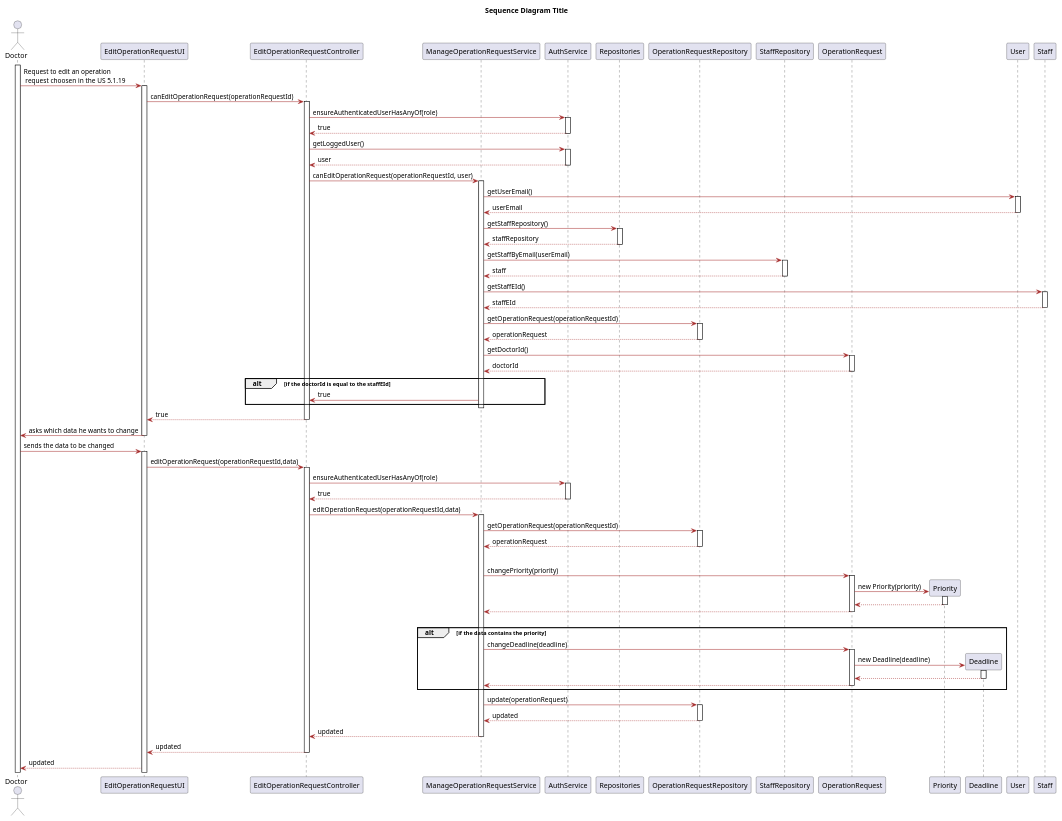
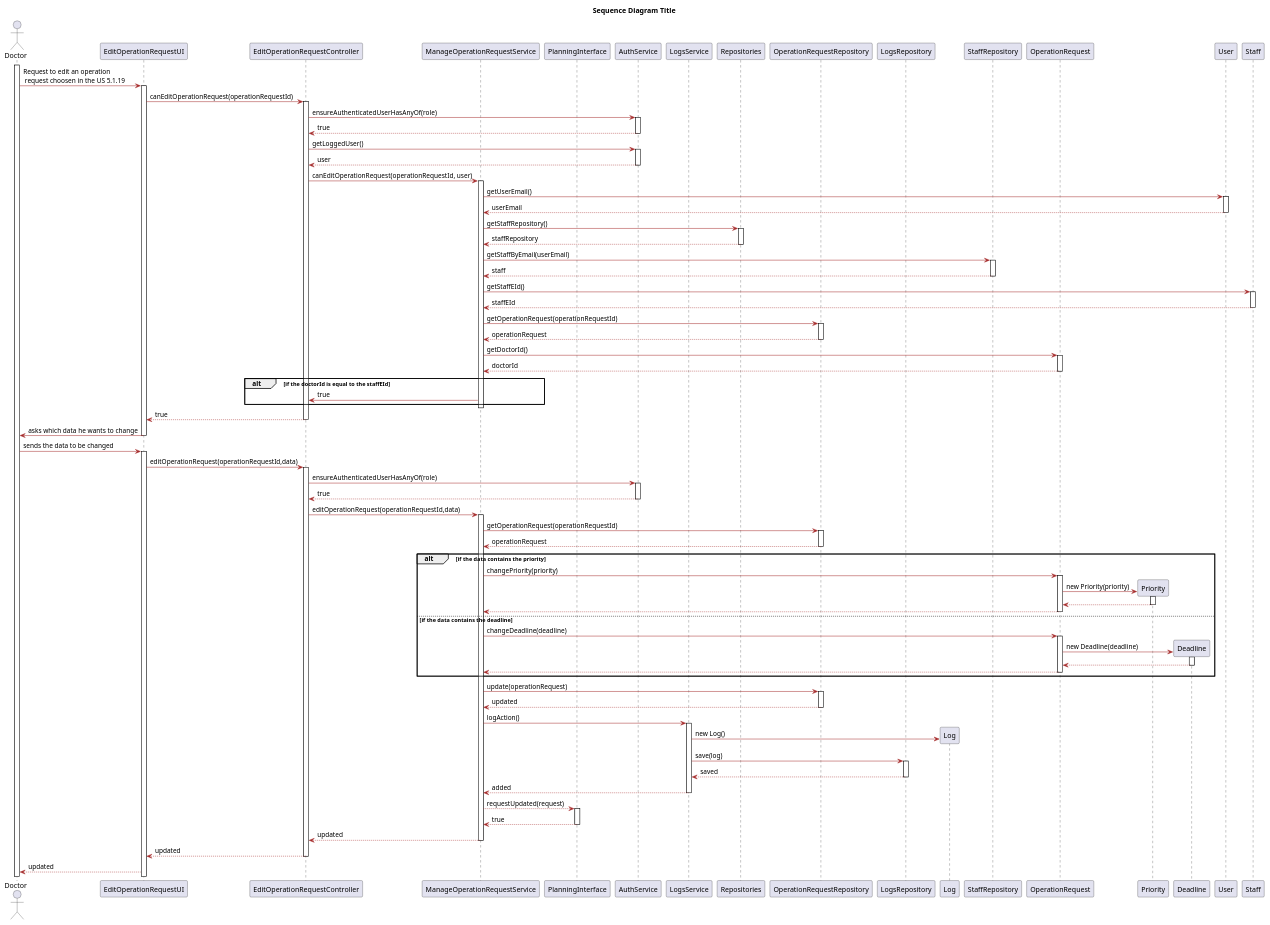
The diagram in Docs/Sprint1/UserStories/LAPR5/us5117/design/puml/sequence-diagram.puml (LAPR5-043/sem_5_24_25_043), drawn with PlantUML before and after one commit. The commit also changed 5 other files, not shown here.

Commit message:
#20 Add log function to the diagrams

```diff
--- a/Docs/Sprint1/UserStories/LAPR5/us5117/design/puml/sequence-diagram.puml
+++ b/Docs/Sprint1/UserStories/LAPR5/us5117/design/puml/sequence-diagram.puml
@@ -1,146 +1,163 @@
 @startuml
 title Sequence Diagram Title
 skinparam classAttributeIconSize 0
 
 skinparam class {
     LifeLineBorderColor DodgerBlue
     LifeLineBackgroundColor APPLICATION
     BackgroundColor LemonChiffon
     ArrowColor Brown
     BorderColor SaddleBrown
 }
 
 skinparam packageStyle rectangle
 
 skinparam card {
     LifeLineBorderColor DodgerBlue
     LifeLineBackgroundColor APPLICATION
     BackgroundColor LemonChiffon
     ArrowColor Brown
     BorderColor SaddleBrown
 }
 
 actor Doctor
 participant "EditOperationRequestUI" as UI
 participant "EditOperationRequestController" as Controller
 participant "ManageOperationRequestService" as staffS
+participant "PlanningInterface" as planning
 participant "AuthService" as auth
+participant "LogsService" as logs
 participant "Repositories" as Repositories
 participant "OperationRequestRepository" as operationRR
+participant "LogsRepository" as logsR
+participant "Log" as log
 participant "StaffRepository" as staffR
 participant "OperationRequest" as operationR
 participant "Priority" as priority
 participant "Deadline" as deadline
 participant "User" as user
 participant "Staff" as staff
 
 
 
 activate Doctor
 Doctor -> UI: Request to edit an operation\n request choosen in the US 5.1.19
 activate UI
 UI -> Controller: canEditOperationRequest(operationRequestId)
 activate Controller
 Controller -> auth: ensureAuthenticatedUserHasAnyOf(role)
 activate auth
 auth --> Controller:  true
 deactivate auth
 Controller -> auth: getLoggedUser()
 activate auth
 auth --> Controller: user
 deactivate auth
 Controller -> staffS: canEditOperationRequest(operationRequestId, user)
 activate staffS
 staffS -> user: getUserEmail()
 activate user
 user --> staffS: userEmail
 deactivate user
 
 staffS -> Repositories: getStaffRepository()
 activate Repositories
 Repositories --> staffS: staffRepository
 deactivate Repositories
 staffS -> staffR: getStaffByEmail(userEmail)
 activate staffR
 staffR --> staffS: staff
 deactivate staffR
 staffS -> staff: getStaffEId()
 activate staff
 staff --> staffS: staffEId
 deactivate staff
 staffS -> operationRR: getOperationRequest(operationRequestId)
 activate operationRR
 operationRR --> staffS: operationRequest
 deactivate operationRR
 staffS -> operationR: getDoctorId()
 activate operationR
 operationR --> staffS: doctorId
 deactivate operationR
 alt if the doctorId is equal to the staffEId
 staffS -> Controller: true
 end
 deactivate staffS
 Controller --> UI: true
 deactivate Controller
 UI -> Doctor: asks which data he wants to change
 deactivate UI
 Doctor -> UI: sends the data to be changed
 activate UI
 UI -> Controller: editOperationRequest(operationRequestId,data)
 activate Controller
 Controller -> auth: ensureAuthenticatedUserHasAnyOf(role)
 activate auth
 auth --> Controller:  true
 deactivate auth
 Controller -> staffS: editOperationRequest(operationRequestId,data)
 activate staffS
 staffS -> operationRR: getOperationRequest(operationRequestId)
 activate operationRR
 operationRR --> staffS: operationRequest
 deactivate operationRR
 alt if the data contains the priority
 staffS -> operationR: changePriority(priority)
 activate operationR
 operationR -> priority**: new Priority(priority)
 activate priority
 priority --> operationR 
 deactivate priority
 operationR --> staffS
 deactivate operationR
 
 
 else if the data contains the deadline
-alt if the data contains the priority
+
 staffS -> operationR: changeDeadline(deadline)
 activate operationR
 operationR -> deadline**: new Deadline(deadline)
 activate deadline
 deadline --> operationR 
 deactivate deadline
 operationR --> staffS
 deactivate operationR
 
 end 
 
 staffS -> operationRR: update(operationRequest)
 activate operationRR
 operationRR --> staffS: updated
 deactivate operationRR
+staffS -> logs : logAction()
+activate logs
+logs -> log** : new Log()
+logs -> logsR : save(log)
+activate logsR 
+logsR --> logs : saved
+deactivate logsR
+logs --> staffS : added
+deactivate logs
+staffS --> planning : requestUpdated(request)
+activate planning 
+planning --> staffS : true
+deactivate planning 
 staffS --> Controller: updated
 deactivate staffS
 Controller --> UI: updated
 deactivate Controller
 UI --> Doctor: updated
 
 
 
 
 
 
 
 
 
 
 
 
 @enduml
```
